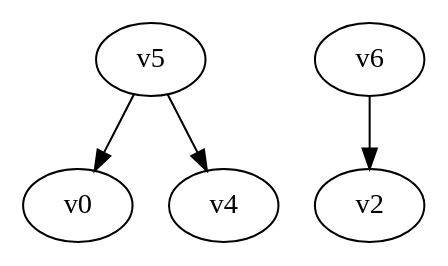
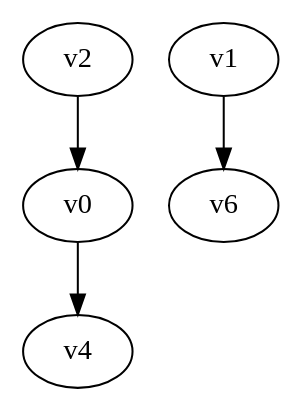
Before and after one commit to yadej/graph_project: the diagram in digraph.dot, drawn with Graphviz. The commit also changed 1 other file, not shown here.

```diff
--- a/digraph.dot
+++ b/digraph.dot
@@ -1,5 +1,5 @@
 digraph G { 
-v5 -> v0;
-v5 -> v4;
-v6 -> v2;
+v0 -> v4;
+v1 -> v6;
+v2 -> v0;
 }
```
